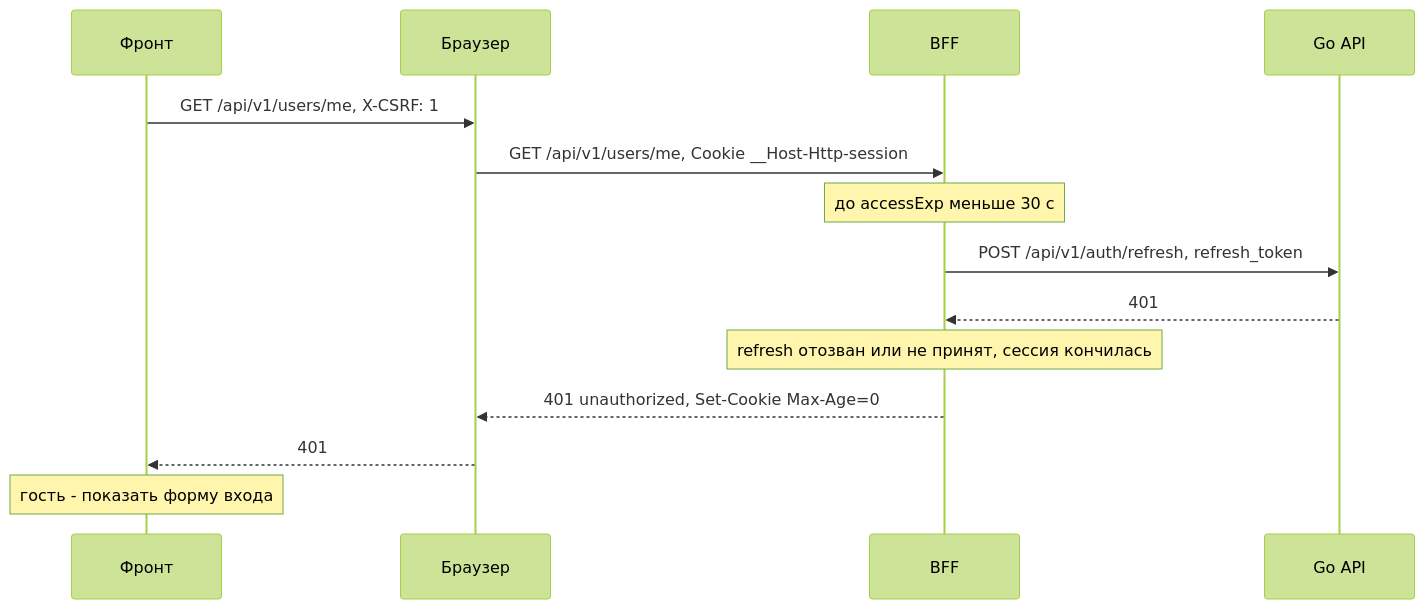
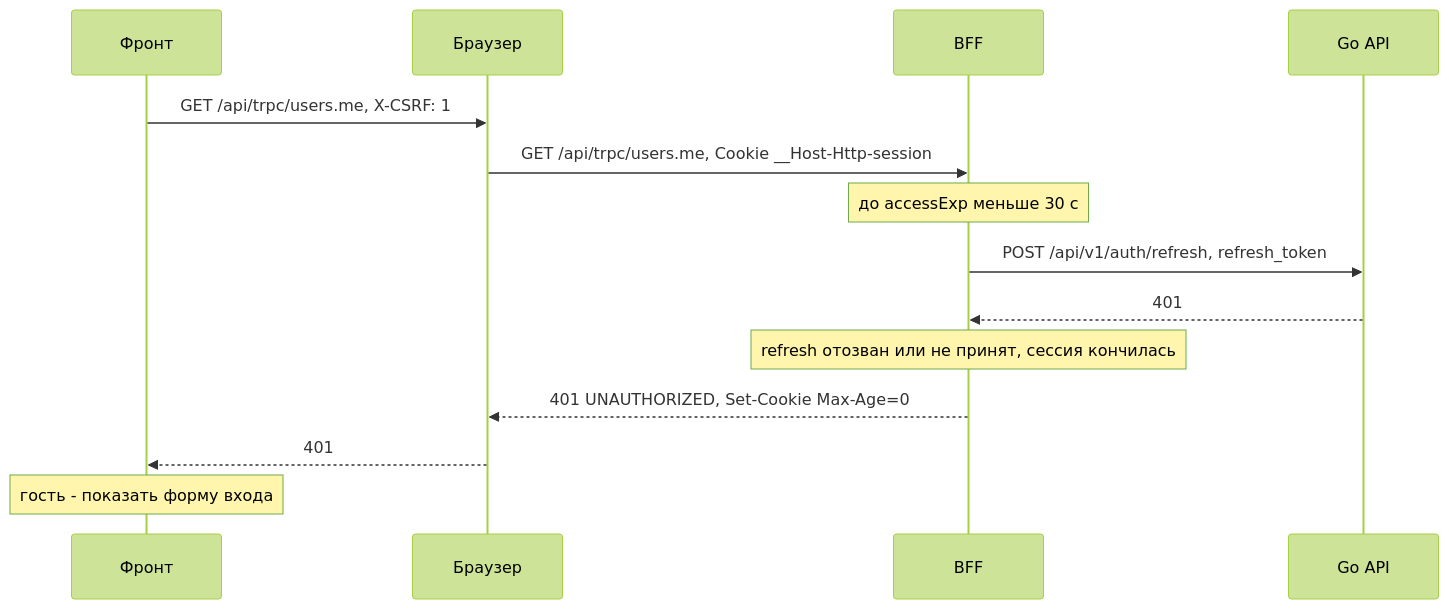
Before and after one commit to Cringe-Driven-Development-Team/docs: the sixth of 10 diagrams in site/modules/2026-10/tracks/bff/auth.md, drawn with Mermaid (forest theme). The commit also changed other lines of this file and 1 other file, not shown here.

````diff
--- a/site/modules/2026-10/tracks/bff/auth.md
+++ b/site/modules/2026-10/tracks/bff/auth.md
@@ -260,16 +262,16 @@
 ```mermaid
 sequenceDiagram
   participant F as Фронт
   participant B as Браузер
   participant P as BFF
   participant A as Go API
-  F->>B: GET /api/v1/users/me, X-CSRF: 1
-  B->>P: GET /api/v1/users/me, Cookie __Host-Http-session
+  F->>B: GET /api/trpc/users.me, X-CSRF: 1
+  B->>P: GET /api/trpc/users.me, Cookie __Host-Http-session
   Note over P: до accessExp меньше 30 с
   P->>A: POST /api/v1/auth/refresh, refresh_token
   A-->>P: 401
   Note over P: refresh отозван или не принят, сессия кончилась
-  P-->>B: 401 unauthorized, Set-Cookie Max-Age=0
+  P-->>B: 401 UNAUTHORIZED, Set-Cookie Max-Age=0
   B-->>F: 401
   Note over F: гость - показать форму входа
 ```
````
